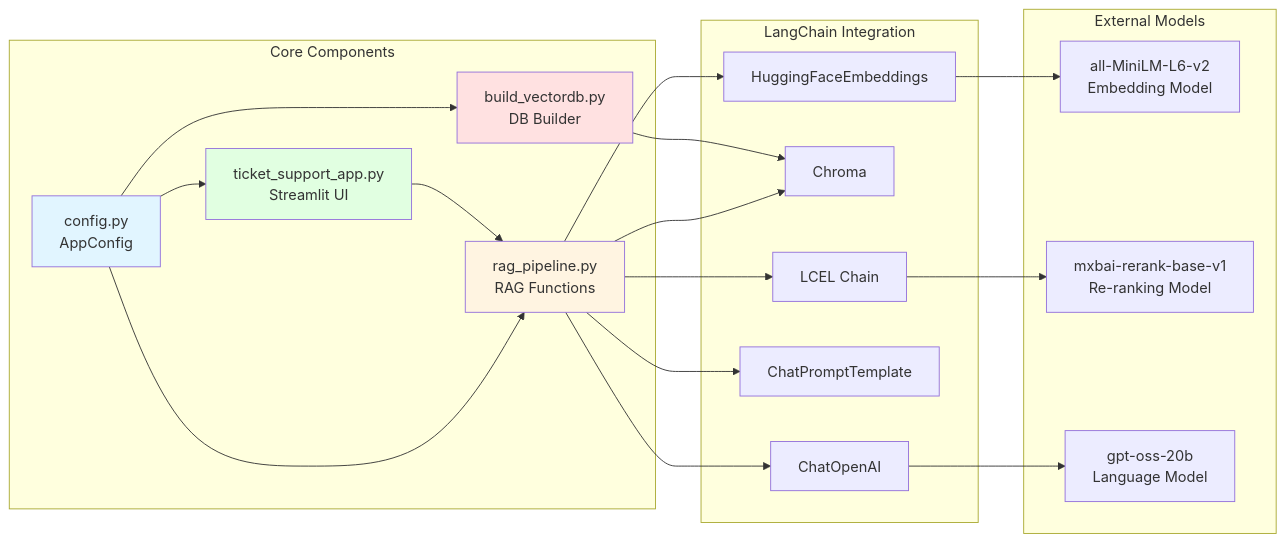
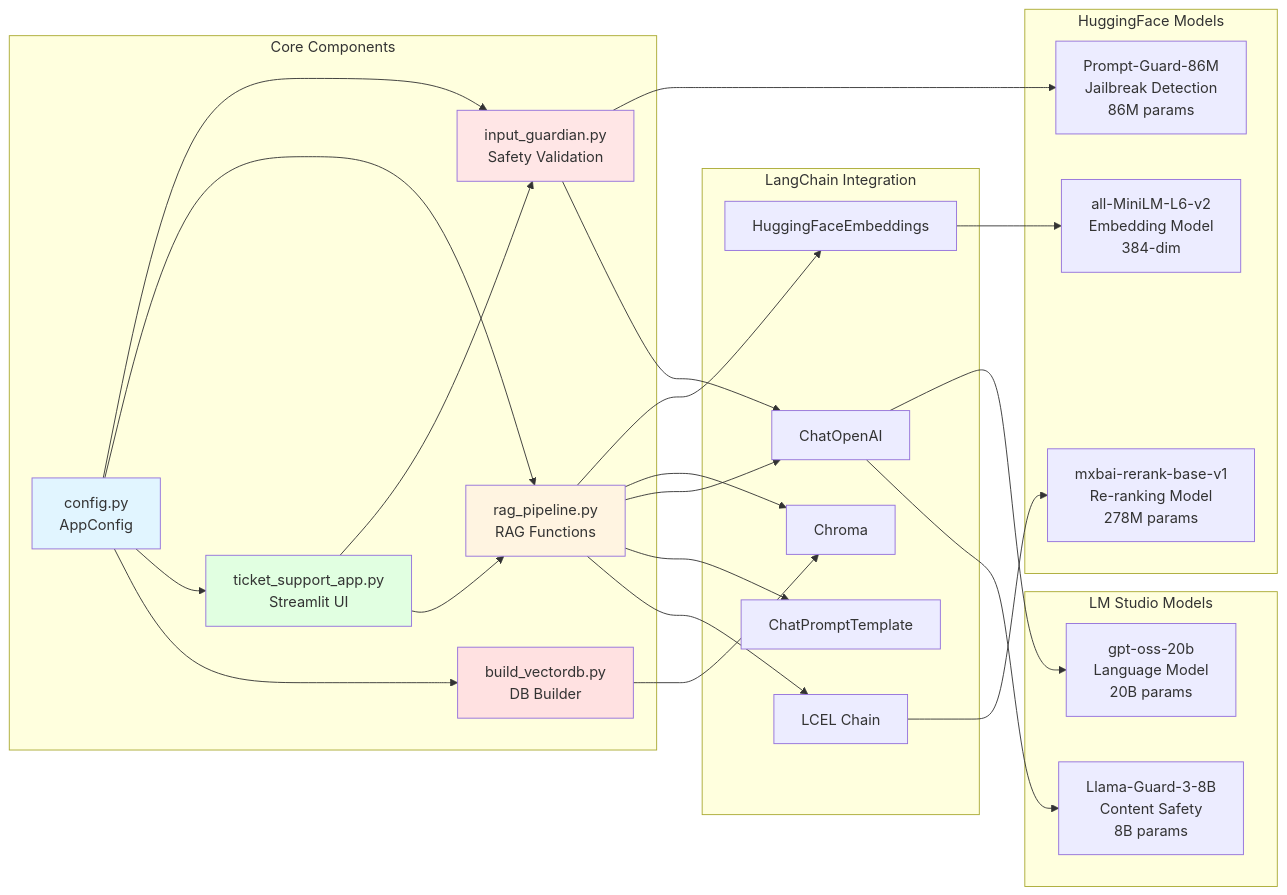
The third of 7 diagrams in Week07/ARCHITECTURE.md (tniccum21/LLM_Class), drawn with Mermaid before and after one commit. The commit also changed other lines of this file and 1 other file, not shown here.

First line of the commit message:
Fix Week07 Mermaid diagram syntax for v8.8.0 compatibility

````diff
--- a/Week07/ARCHITECTURE.md
+++ b/Week07/ARCHITECTURE.md
@@ -117,45 +209,59 @@
 ```mermaid
 graph LR
     subgraph "Core Components"
         CONFIG[config.py<br/>AppConfig]
+        GUARDIAN[input_guardian.py<br/>Safety Validation]
         PIPELINE[rag_pipeline.py<br/>RAG Functions]
         APP[ticket_support_app.py<br/>Streamlit UI]
         BUILD[build_vectordb.py<br/>DB Builder]
     end
 
     subgraph "LangChain Integration"
         LC_EMB[HuggingFaceEmbeddings]
         LC_VDB[Chroma]
         LC_LLM[ChatOpenAI]
         LC_PROMPT[ChatPromptTemplate]
         LC_CHAIN[LCEL Chain]
     end
 
-    subgraph "External Models"
-        EMB_MODEL[all-MiniLM-L6-v2<br/>Embedding Model]
-        RERANK_MODEL[mxbai-rerank-base-v1<br/>Re-ranking Model]
-        LLM_MODEL[gpt-oss-20b<br/>Language Model]
+    subgraph "HuggingFace Models"
+        EMB_MODEL[all-MiniLM-L6-v2<br/>Embedding Model<br/>384-dim]
+        RERANK_MODEL[mxbai-rerank-base-v1<br/>Re-ranking Model<br/>278M params]
+        PROMPT_GUARD_MODEL[Prompt-Guard-86M<br/>Jailbreak Detection<br/>86M params]
     end
 
+    subgraph "LM Studio Models"
+        LLM_MODEL[gpt-oss-20b<br/>Language Model<br/>20B params]
+        LLAMA_GUARD_MODEL[Llama-Guard-3-8B<br/>Content Safety<br/>8B params]
+    end
+
+    CONFIG --> GUARDIAN
     CONFIG --> PIPELINE
     CONFIG --> APP
     CONFIG --> BUILD
+
+    APP --> GUARDIAN
+    APP --> PIPELINE
+
+    GUARDIAN --> PROMPT_GUARD_MODEL
+    GUARDIAN --> LC_LLM
 
     PIPELINE --> LC_EMB
     PIPELINE --> LC_VDB
     PIPELINE --> LC_LLM
     PIPELINE --> LC_PROMPT
     PIPELINE --> LC_CHAIN
 
     LC_EMB --> EMB_MODEL
     LC_CHAIN --> RERANK_MODEL
     LC_LLM --> LLM_MODEL
+    LC_LLM --> LLAMA_GUARD_MODEL
 
-    APP --> PIPELINE
     BUILD --> LC_VDB
 
     style CONFIG fill:#e1f5ff
+    style GUARDIAN fill:#ffe6e6
     style PIPELINE fill:#fff4e1
     style APP fill:#e1ffe1
     style BUILD fill:#ffe1e1
 ```
````
